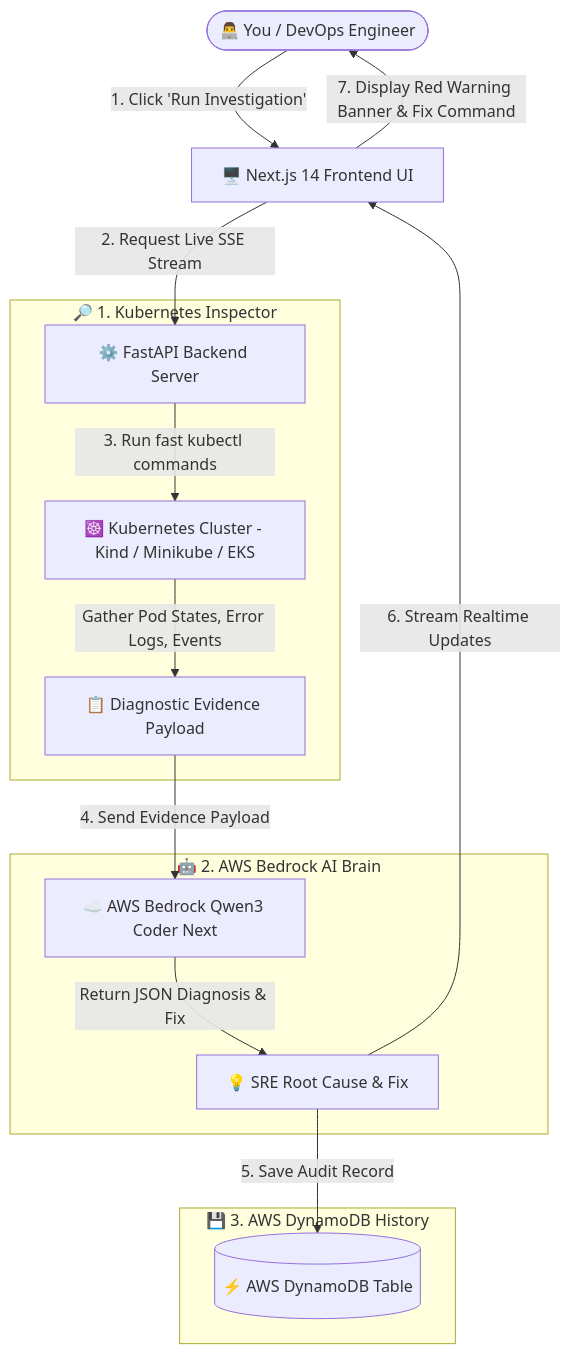
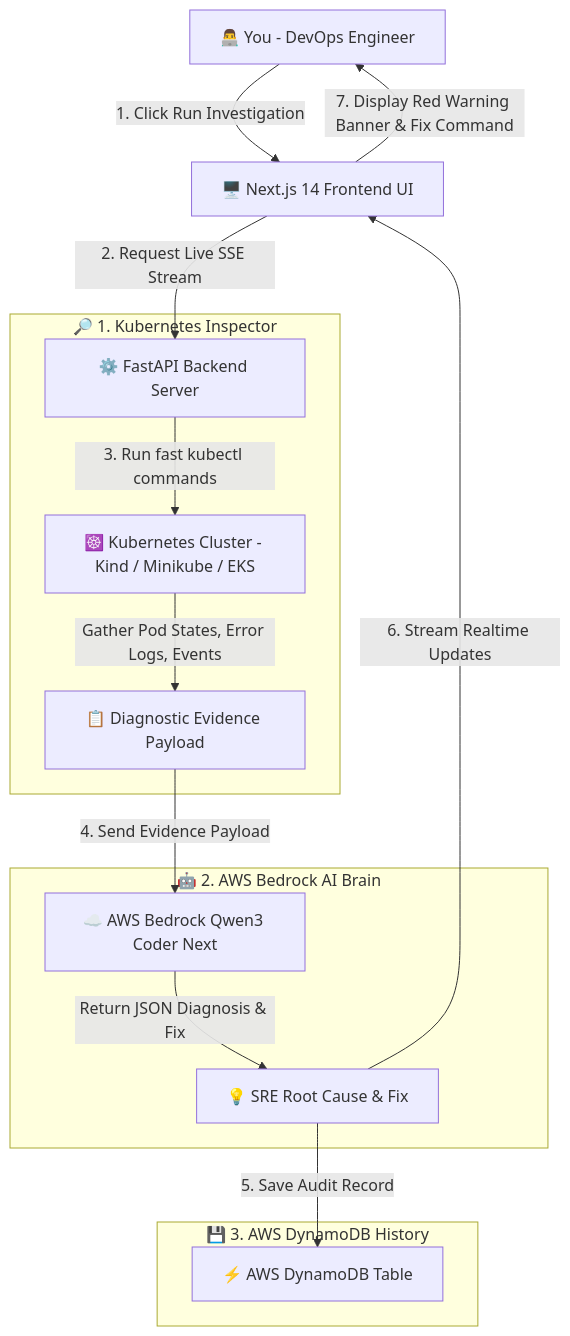
Before and after one commit to singhdeepanshu20-droid/AI-DevOps-Kubernetes-Agent: the second of 2 diagrams in README.md, drawn with Mermaid.

Commit message:
fix(docs): quote stadium and db node labels in flowchart to fix GitHub rendering

````diff
--- a/README.md
+++ b/README.md
@@ -102,22 +102,22 @@
 ```mermaid
 flowchart TD
-    User([👨‍💻 You / DevOps Engineer]) -->|1. Click 'Run Investigation'| UI[🖥️ Next.js 14 Frontend UI]
-    UI -->|2. Request Live SSE Stream| FastAPI[⚙️ FastAPI Backend Server]
+    User["👨‍💻 You - DevOps Engineer"] -->|1. Click Run Investigation| UI["🖥️ Next.js 14 Frontend UI"]
+    UI -->|2. Request Live SSE Stream| FastAPI["⚙️ FastAPI Backend Server"]
     
-    subgraph K8s_Collector [🔎 1. Kubernetes Inspector]
+    subgraph K8s_Collector ["🔎 1. Kubernetes Inspector"]
         FastAPI -->|3. Run fast kubectl commands| K8s["☸️ Kubernetes Cluster - Kind / Minikube / EKS"]
         K8s -->|Gather Pod States, Error Logs, Events| Evidence["📋 Diagnostic Evidence Payload"]
     end
 
-    subgraph AI_Engine [🤖 2. AWS Bedrock AI Brain]
-        Evidence -->|4. Send Evidence Payload| Bedrock[☁️ AWS Bedrock Qwen3 Coder Next]
-        Bedrock -->|Return JSON Diagnosis & Fix| AI_Result[💡 SRE Root Cause & Fix]
+    subgraph AI_Engine ["🤖 2. AWS Bedrock AI Brain"]
+        Evidence -->|4. Send Evidence Payload| Bedrock["☁️ AWS Bedrock Qwen3 Coder Next"]
+        Bedrock -->|Return JSON Diagnosis & Fix| AI_Result["💡 SRE Root Cause & Fix"]
     end
 
-    subgraph Storage [💾 3. AWS DynamoDB History]
-        AI_Result -->|5. Save Audit Record| DynamoDB[(⚡ AWS DynamoDB Table)]
+    subgraph Storage ["💾 3. AWS DynamoDB History"]
+        AI_Result -->|5. Save Audit Record| DynamoDB["⚡ AWS DynamoDB Table"]
     end
 
     AI_Result -->|6. Stream Realtime Updates| UI
     UI -->|7. Display Red Warning Banner & Fix Command| User
 ```
````
